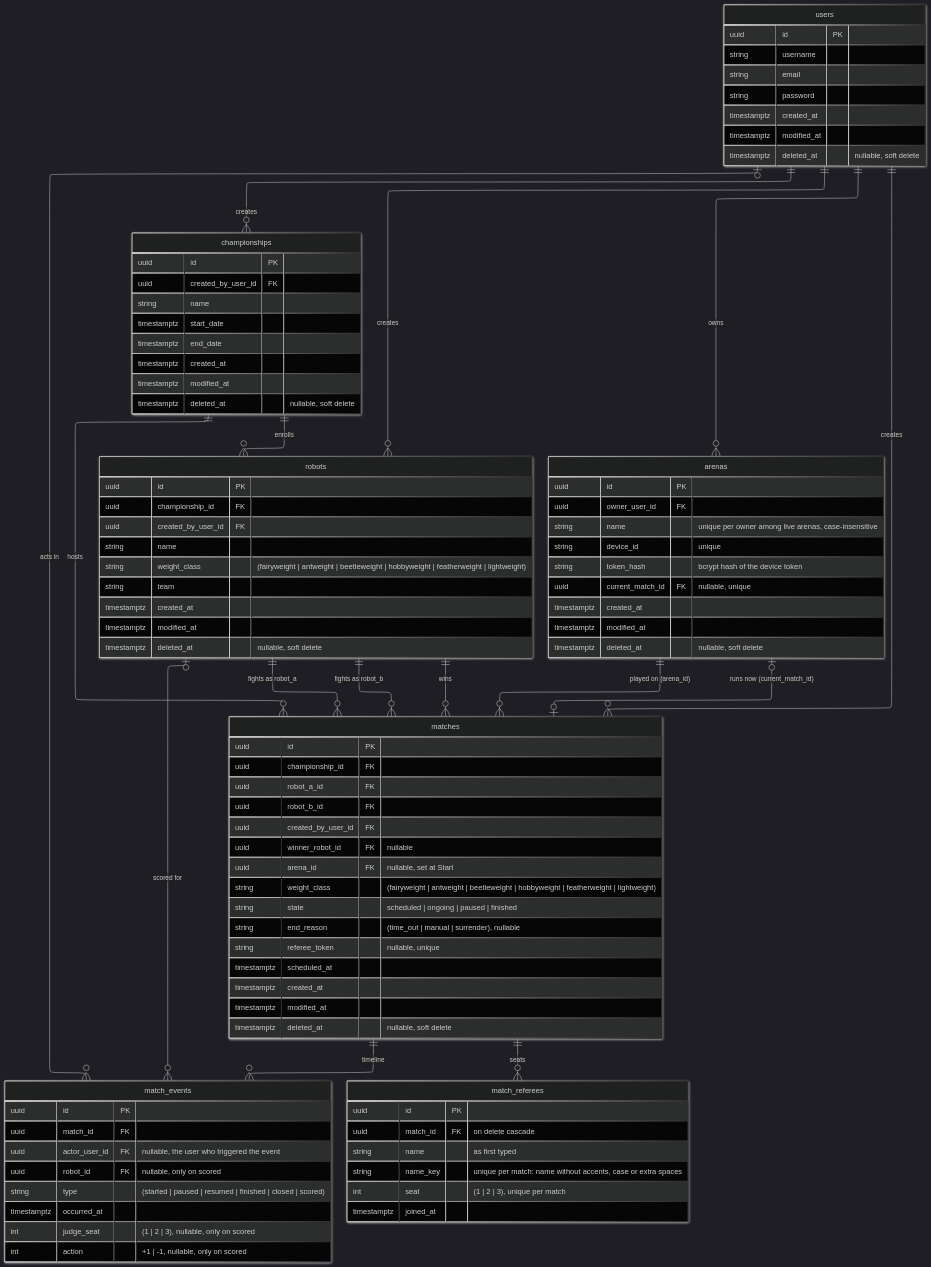
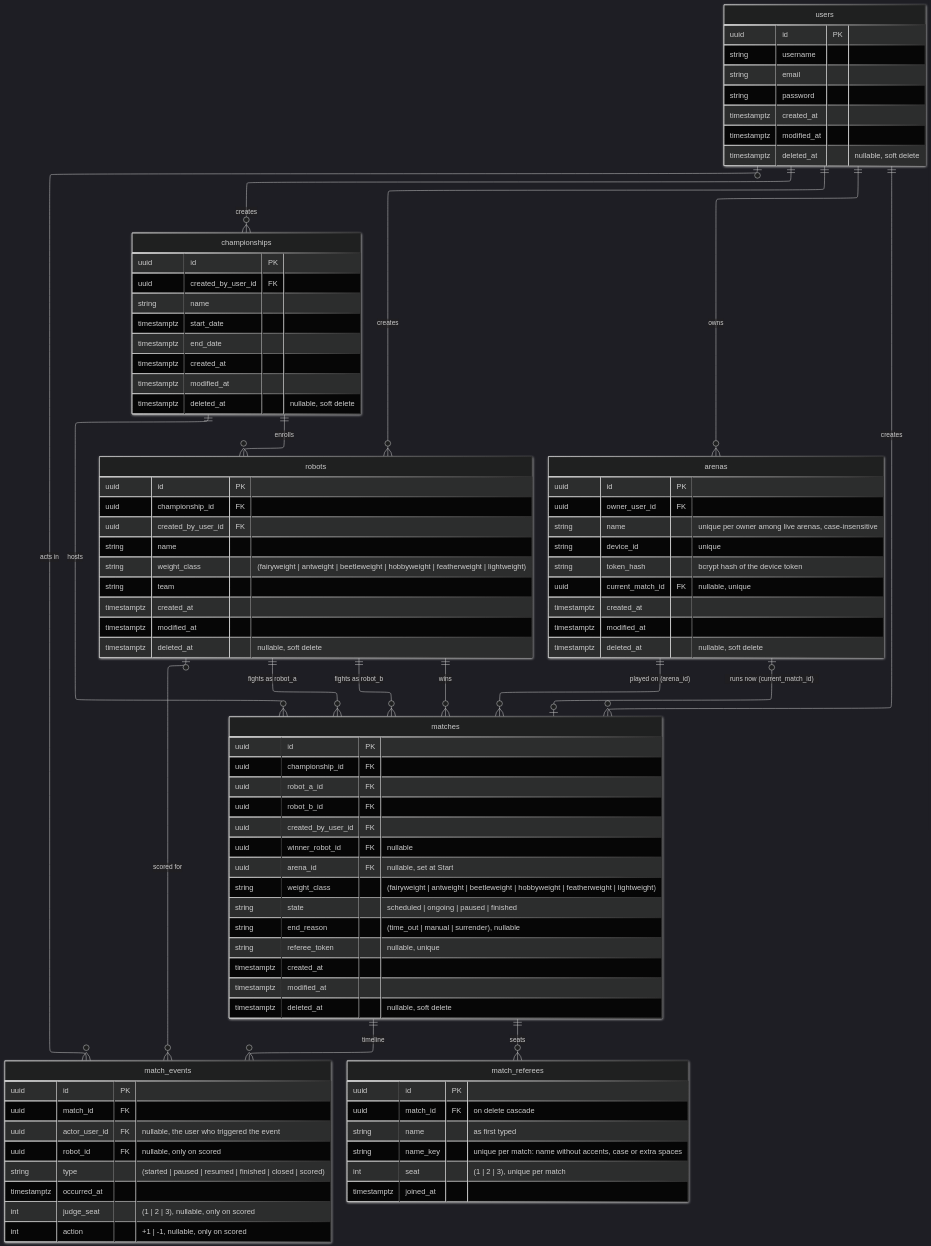
Before and after one commit to UTFPR-Oficinas-2/crossliseu: the diagram in docs/database-model.md, drawn with Mermaid (dark theme). The commit also changed 15 other files, not shown here.

```diff
--- a/docs/database-model.md
+++ b/docs/database-model.md
@@ -90,7 +90,6 @@
     string state "scheduled | ongoing | paused | finished"
     string end_reason "(time_out | manual | surrender), nullable"
     string referee_token "nullable, unique"
-    timestamptz scheduled_at
     timestamptz created_at
     timestamptz modified_at
     timestamptz deleted_at "nullable, soft delete"
```
